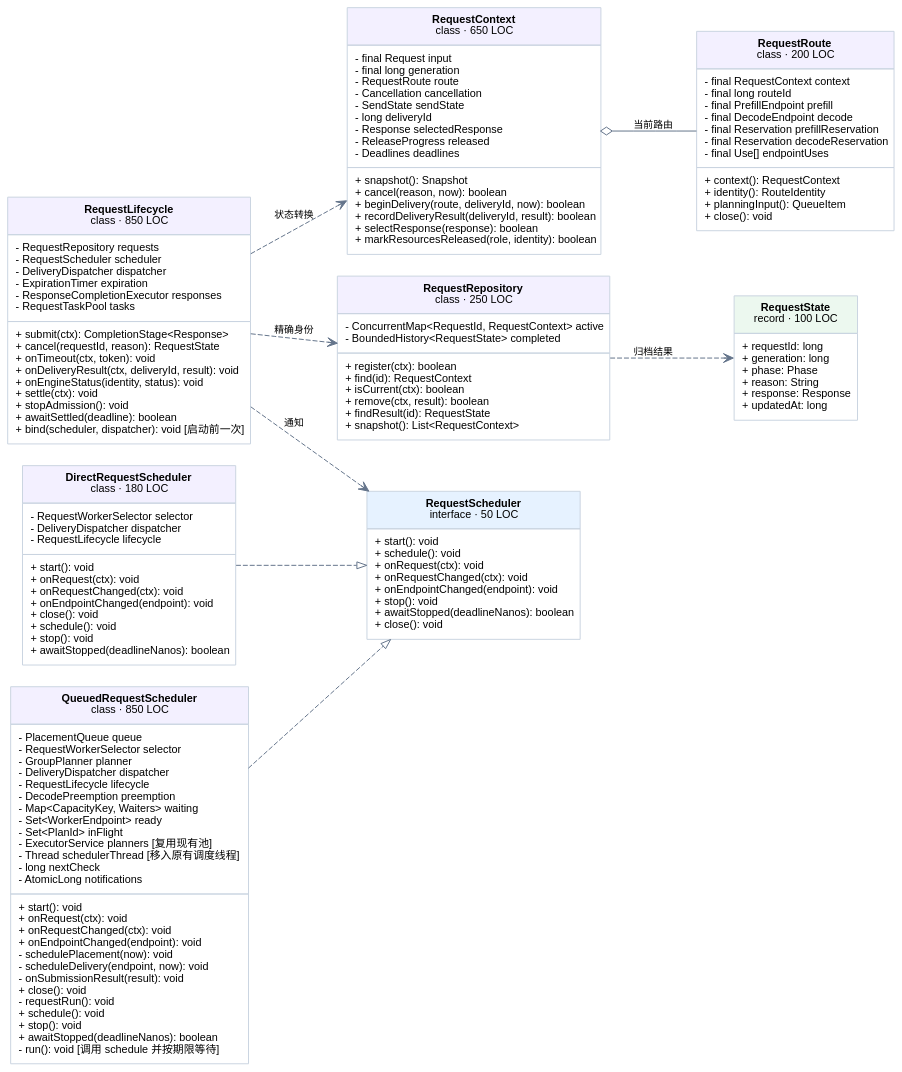
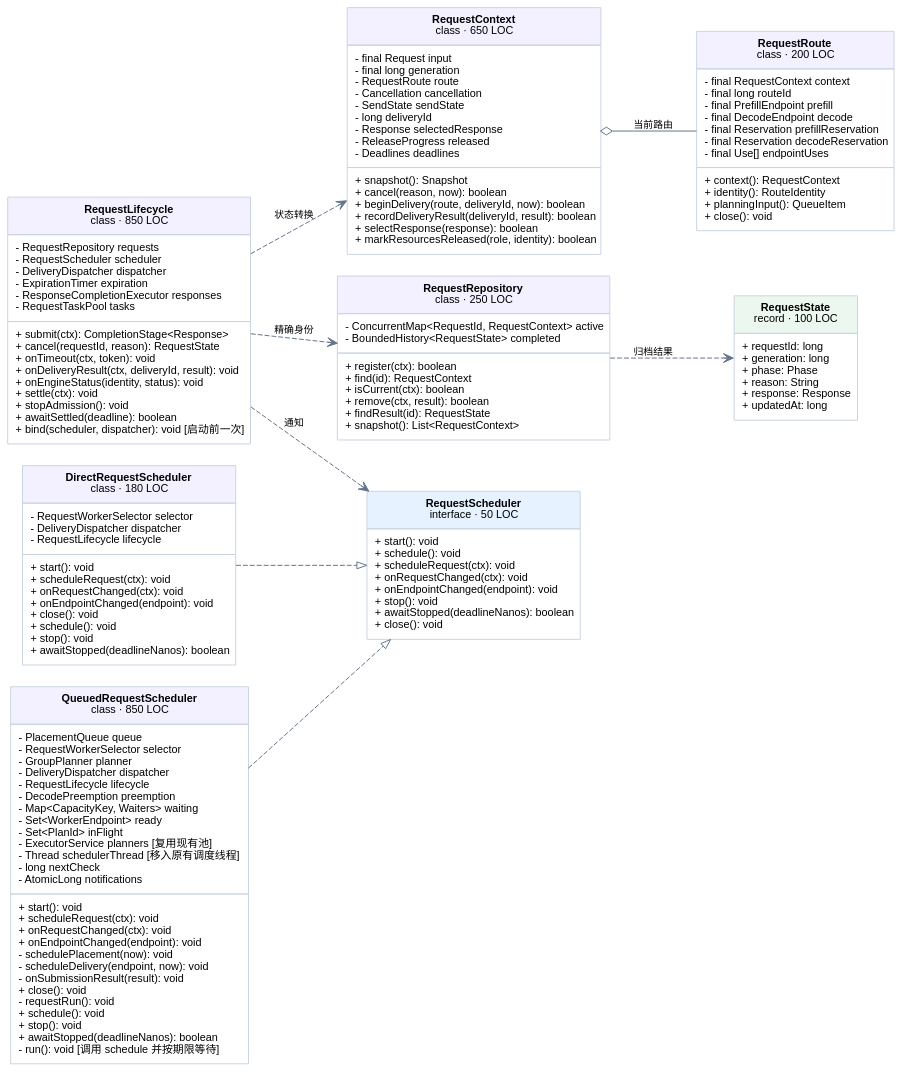
The diagram in rtp_llm/flexlb/docs/scheduler-design/proposed-component-classes-assets/group-1.dot (alibaba/rtp-llm), drawn with Graphviz before and after one commit. The commit also changed 323 other files, not shown here.

Commit message:
refactor(flexlb): simplify routing, delivery and request lifecycle

```diff
--- a/rtp_llm/flexlb/docs/scheduler-design/proposed-component-classes-assets/group-1.dot
+++ b/rtp_llm/flexlb/docs/scheduler-design/proposed-component-classes-assets/group-1.dot
@@ -1,20 +1,20 @@
 digraph G {
 graph [rankdir=LR, bgcolor="transparent", nodesep=0.3, ranksep=0.65, pad=0.15];
 node [shape=plain, fontname="Arial", fontsize=11];
 edge [fontname="Arial", fontsize=10, color="#64748b"];
 "RequestContext" [label=<<TABLE BORDER="0" CELLBORDER="1" CELLSPACING="0" CELLPADDING="7" COLOR="#cbd5e1"><TR><TD BGCOLOR="#f3f0ff"><B>RequestContext</B><BR/>class · 650 LOC</TD></TR><TR><TD ALIGN="LEFT">- final Request input<BR ALIGN="LEFT"/>- final long generation<BR ALIGN="LEFT"/>- RequestRoute route<BR ALIGN="LEFT"/>- Cancellation cancellation<BR ALIGN="LEFT"/>- SendState sendState<BR ALIGN="LEFT"/>- long deliveryId<BR ALIGN="LEFT"/>- Response selectedResponse<BR ALIGN="LEFT"/>- ReleaseProgress released<BR ALIGN="LEFT"/>- Deadlines deadlines<BR ALIGN="LEFT"/></TD></TR><TR><TD ALIGN="LEFT">+ snapshot(): Snapshot<BR ALIGN="LEFT"/>+ cancel(reason, now): boolean<BR ALIGN="LEFT"/>+ beginDelivery(route, deliveryId, now): boolean<BR ALIGN="LEFT"/>+ recordDeliveryResult(deliveryId, result): boolean<BR ALIGN="LEFT"/>+ selectResponse(response): boolean<BR ALIGN="LEFT"/>+ markResourcesReleased(role, identity): boolean<BR ALIGN="LEFT"/></TD></TR></TABLE>>];
 "RequestLifecycle" [label=<<TABLE BORDER="0" CELLBORDER="1" CELLSPACING="0" CELLPADDING="7" COLOR="#cbd5e1"><TR><TD BGCOLOR="#f3f0ff"><B>RequestLifecycle</B><BR/>class · 850 LOC</TD></TR><TR><TD ALIGN="LEFT">- RequestRepository requests<BR ALIGN="LEFT"/>- RequestScheduler scheduler<BR ALIGN="LEFT"/>- DeliveryDispatcher dispatcher<BR ALIGN="LEFT"/>- ExpirationTimer expiration<BR ALIGN="LEFT"/>- ResponseCompletionExecutor responses<BR ALIGN="LEFT"/>- RequestTaskPool tasks<BR ALIGN="LEFT"/></TD></TR><TR><TD ALIGN="LEFT">+ submit(ctx): CompletionStage&lt;Response&gt;<BR ALIGN="LEFT"/>+ cancel(requestId, reason): RequestState<BR ALIGN="LEFT"/>+ onTimeout(ctx, token): void<BR ALIGN="LEFT"/>+ onDeliveryResult(ctx, deliveryId, result): void<BR ALIGN="LEFT"/>+ onEngineStatus(identity, status): void<BR ALIGN="LEFT"/>+ settle(ctx): void<BR ALIGN="LEFT"/>+ stopAdmission(): void<BR ALIGN="LEFT"/>+ awaitSettled(deadline): boolean<BR ALIGN="LEFT"/>+ bind(scheduler, dispatcher): void [启动前一次]<BR ALIGN="LEFT"/></TD></TR></TABLE>>];
 "RequestRepository" [label=<<TABLE BORDER="0" CELLBORDER="1" CELLSPACING="0" CELLPADDING="7" COLOR="#cbd5e1"><TR><TD BGCOLOR="#f3f0ff"><B>RequestRepository</B><BR/>class · 250 LOC</TD></TR><TR><TD ALIGN="LEFT">- ConcurrentMap&lt;RequestId, RequestContext&gt; active<BR ALIGN="LEFT"/>- BoundedHistory&lt;RequestState&gt; completed<BR ALIGN="LEFT"/></TD></TR><TR><TD ALIGN="LEFT">+ register(ctx): boolean<BR ALIGN="LEFT"/>+ find(id): RequestContext<BR ALIGN="LEFT"/>+ isCurrent(ctx): boolean<BR ALIGN="LEFT"/>+ remove(ctx, result): boolean<BR ALIGN="LEFT"/>+ findResult(id): RequestState<BR ALIGN="LEFT"/>+ snapshot(): List&lt;RequestContext&gt;<BR ALIGN="LEFT"/></TD></TR></TABLE>>];
 "RequestRoute" [label=<<TABLE BORDER="0" CELLBORDER="1" CELLSPACING="0" CELLPADDING="7" COLOR="#cbd5e1"><TR><TD BGCOLOR="#f3f0ff"><B>RequestRoute</B><BR/>class · 200 LOC</TD></TR><TR><TD ALIGN="LEFT">- final RequestContext context<BR ALIGN="LEFT"/>- final long routeId<BR ALIGN="LEFT"/>- final PrefillEndpoint prefill<BR ALIGN="LEFT"/>- final DecodeEndpoint decode<BR ALIGN="LEFT"/>- final Reservation prefillReservation<BR ALIGN="LEFT"/>- final Reservation decodeReservation<BR ALIGN="LEFT"/>- final Use[] endpointUses<BR ALIGN="LEFT"/></TD></TR><TR><TD ALIGN="LEFT">+ context(): RequestContext<BR ALIGN="LEFT"/>+ identity(): RouteIdentity<BR ALIGN="LEFT"/>+ planningInput(): QueueItem<BR ALIGN="LEFT"/>+ close(): void<BR ALIGN="LEFT"/></TD></TR></TABLE>>];
 "RequestState" [label=<<TABLE BORDER="0" CELLBORDER="1" CELLSPACING="0" CELLPADDING="7" COLOR="#cbd5e1"><TR><TD BGCOLOR="#ecf8ef"><B>RequestState</B><BR/>record · 100 LOC</TD></TR><TR><TD ALIGN="LEFT">+ requestId: long<BR ALIGN="LEFT"/>+ generation: long<BR ALIGN="LEFT"/>+ phase: Phase<BR ALIGN="LEFT"/>+ reason: String<BR ALIGN="LEFT"/>+ response: Response<BR ALIGN="LEFT"/>+ updatedAt: long<BR ALIGN="LEFT"/></TD></TR></TABLE>>];
-"RequestScheduler" [label=<<TABLE BORDER="0" CELLBORDER="1" CELLSPACING="0" CELLPADDING="7" COLOR="#cbd5e1"><TR><TD BGCOLOR="#e6f2ff"><B>RequestScheduler</B><BR/>interface · 50 LOC</TD></TR><TR><TD ALIGN="LEFT">+ start(): void<BR ALIGN="LEFT"/>+ schedule(): void<BR ALIGN="LEFT"/>+ onRequest(ctx): void<BR ALIGN="LEFT"/>+ onRequestChanged(ctx): void<BR ALIGN="LEFT"/>+ onEndpointChanged(endpoint): void<BR ALIGN="LEFT"/>+ stop(): void<BR ALIGN="LEFT"/>+ awaitStopped(deadlineNanos): boolean<BR ALIGN="LEFT"/>+ close(): void<BR ALIGN="LEFT"/></TD></TR></TABLE>>];
-"DirectRequestScheduler" [label=<<TABLE BORDER="0" CELLBORDER="1" CELLSPACING="0" CELLPADDING="7" COLOR="#cbd5e1"><TR><TD BGCOLOR="#f3f0ff"><B>DirectRequestScheduler</B><BR/>class · 180 LOC</TD></TR><TR><TD ALIGN="LEFT">- RequestWorkerSelector selector<BR ALIGN="LEFT"/>- DeliveryDispatcher dispatcher<BR ALIGN="LEFT"/>- RequestLifecycle lifecycle<BR ALIGN="LEFT"/></TD></TR><TR><TD ALIGN="LEFT">+ start(): void<BR ALIGN="LEFT"/>+ onRequest(ctx): void<BR ALIGN="LEFT"/>+ onRequestChanged(ctx): void<BR ALIGN="LEFT"/>+ onEndpointChanged(endpoint): void<BR ALIGN="LEFT"/>+ close(): void<BR ALIGN="LEFT"/>+ schedule(): void<BR ALIGN="LEFT"/>+ stop(): void<BR ALIGN="LEFT"/>+ awaitStopped(deadlineNanos): boolean<BR ALIGN="LEFT"/></TD></TR></TABLE>>];
-"QueuedRequestScheduler" [label=<<TABLE BORDER="0" CELLBORDER="1" CELLSPACING="0" CELLPADDING="7" COLOR="#cbd5e1"><TR><TD BGCOLOR="#f3f0ff"><B>QueuedRequestScheduler</B><BR/>class · 850 LOC</TD></TR><TR><TD ALIGN="LEFT">- PlacementQueue queue<BR ALIGN="LEFT"/>- RequestWorkerSelector selector<BR ALIGN="LEFT"/>- GroupPlanner planner<BR ALIGN="LEFT"/>- DeliveryDispatcher dispatcher<BR ALIGN="LEFT"/>- RequestLifecycle lifecycle<BR ALIGN="LEFT"/>- DecodePreemption preemption<BR ALIGN="LEFT"/>- Map&lt;CapacityKey, Waiters&gt; waiting<BR ALIGN="LEFT"/>- Set&lt;WorkerEndpoint&gt; ready<BR ALIGN="LEFT"/>- Set&lt;PlanId&gt; inFlight<BR ALIGN="LEFT"/>- ExecutorService planners [复用现有池]<BR ALIGN="LEFT"/>- Thread schedulerThread [移入原有调度线程]<BR ALIGN="LEFT"/>- long nextCheck<BR ALIGN="LEFT"/>- AtomicLong notifications<BR ALIGN="LEFT"/></TD></TR><TR><TD ALIGN="LEFT">+ start(): void<BR ALIGN="LEFT"/>+ onRequest(ctx): void<BR ALIGN="LEFT"/>+ onRequestChanged(ctx): void<BR ALIGN="LEFT"/>+ onEndpointChanged(endpoint): void<BR ALIGN="LEFT"/>- schedulePlacement(now): void<BR ALIGN="LEFT"/>- scheduleDelivery(endpoint, now): void<BR ALIGN="LEFT"/>- onSubmissionResult(result): void<BR ALIGN="LEFT"/>+ close(): void<BR ALIGN="LEFT"/>- requestRun(): void<BR ALIGN="LEFT"/>+ schedule(): void<BR ALIGN="LEFT"/>+ stop(): void<BR ALIGN="LEFT"/>+ awaitStopped(deadlineNanos): boolean<BR ALIGN="LEFT"/>- run(): void [调用 schedule 并按期限等待]<BR ALIGN="LEFT"/></TD></TR></TABLE>>];
+"RequestScheduler" [label=<<TABLE BORDER="0" CELLBORDER="1" CELLSPACING="0" CELLPADDING="7" COLOR="#cbd5e1"><TR><TD BGCOLOR="#e6f2ff"><B>RequestScheduler</B><BR/>interface · 50 LOC</TD></TR><TR><TD ALIGN="LEFT">+ start(): void<BR ALIGN="LEFT"/>+ schedule(): void<BR ALIGN="LEFT"/>+ scheduleRequest(ctx): void<BR ALIGN="LEFT"/>+ onRequestChanged(ctx): void<BR ALIGN="LEFT"/>+ onEndpointChanged(endpoint): void<BR ALIGN="LEFT"/>+ stop(): void<BR ALIGN="LEFT"/>+ awaitStopped(deadlineNanos): boolean<BR ALIGN="LEFT"/>+ close(): void<BR ALIGN="LEFT"/></TD></TR></TABLE>>];
+"DirectRequestScheduler" [label=<<TABLE BORDER="0" CELLBORDER="1" CELLSPACING="0" CELLPADDING="7" COLOR="#cbd5e1"><TR><TD BGCOLOR="#f3f0ff"><B>DirectRequestScheduler</B><BR/>class · 180 LOC</TD></TR><TR><TD ALIGN="LEFT">- RequestWorkerSelector selector<BR ALIGN="LEFT"/>- DeliveryDispatcher dispatcher<BR ALIGN="LEFT"/>- RequestLifecycle lifecycle<BR ALIGN="LEFT"/></TD></TR><TR><TD ALIGN="LEFT">+ start(): void<BR ALIGN="LEFT"/>+ scheduleRequest(ctx): void<BR ALIGN="LEFT"/>+ onRequestChanged(ctx): void<BR ALIGN="LEFT"/>+ onEndpointChanged(endpoint): void<BR ALIGN="LEFT"/>+ close(): void<BR ALIGN="LEFT"/>+ schedule(): void<BR ALIGN="LEFT"/>+ stop(): void<BR ALIGN="LEFT"/>+ awaitStopped(deadlineNanos): boolean<BR ALIGN="LEFT"/></TD></TR></TABLE>>];
+"QueuedRequestScheduler" [label=<<TABLE BORDER="0" CELLBORDER="1" CELLSPACING="0" CELLPADDING="7" COLOR="#cbd5e1"><TR><TD BGCOLOR="#f3f0ff"><B>QueuedRequestScheduler</B><BR/>class · 850 LOC</TD></TR><TR><TD ALIGN="LEFT">- PlacementQueue queue<BR ALIGN="LEFT"/>- RequestWorkerSelector selector<BR ALIGN="LEFT"/>- GroupPlanner planner<BR ALIGN="LEFT"/>- DeliveryDispatcher dispatcher<BR ALIGN="LEFT"/>- RequestLifecycle lifecycle<BR ALIGN="LEFT"/>- DecodePreemption preemption<BR ALIGN="LEFT"/>- Map&lt;CapacityKey, Waiters&gt; waiting<BR ALIGN="LEFT"/>- Set&lt;WorkerEndpoint&gt; ready<BR ALIGN="LEFT"/>- Set&lt;PlanId&gt; inFlight<BR ALIGN="LEFT"/>- ExecutorService planners [复用现有池]<BR ALIGN="LEFT"/>- Thread schedulerThread [移入原有调度线程]<BR ALIGN="LEFT"/>- long nextCheck<BR ALIGN="LEFT"/>- AtomicLong notifications<BR ALIGN="LEFT"/></TD></TR><TR><TD ALIGN="LEFT">+ start(): void<BR ALIGN="LEFT"/>+ scheduleRequest(ctx): void<BR ALIGN="LEFT"/>+ onRequestChanged(ctx): void<BR ALIGN="LEFT"/>+ onEndpointChanged(endpoint): void<BR ALIGN="LEFT"/>- schedulePlacement(now): void<BR ALIGN="LEFT"/>- scheduleDelivery(endpoint, now): void<BR ALIGN="LEFT"/>- onSubmissionResult(result): void<BR ALIGN="LEFT"/>+ close(): void<BR ALIGN="LEFT"/>- requestRun(): void<BR ALIGN="LEFT"/>+ schedule(): void<BR ALIGN="LEFT"/>+ stop(): void<BR ALIGN="LEFT"/>+ awaitStopped(deadlineNanos): boolean<BR ALIGN="LEFT"/>- run(): void [调用 schedule 并按期限等待]<BR ALIGN="LEFT"/></TD></TR></TABLE>>];
 "RequestLifecycle" -> "RequestContext" [style=dashed, arrowhead=vee, label="状态转换"];
 "RequestLifecycle" -> "RequestRepository" [style=dashed, arrowhead=vee, label="精确身份"];
 "RequestLifecycle" -> "RequestScheduler" [style=dashed, arrowhead=vee, label="通知"];
 "RequestContext" -> "RequestRoute" [dir=both, arrowtail=odiamond, arrowhead=none, label="当前路由"];
 "RequestRepository" -> "RequestState" [style=dashed, arrowhead=vee, label="归档结果"];
 "DirectRequestScheduler" -> "RequestScheduler" [style=dashed, arrowhead=empty, label=""];
 "QueuedRequestScheduler" -> "RequestScheduler" [style=dashed, arrowhead=empty, label=""];
 }
```
